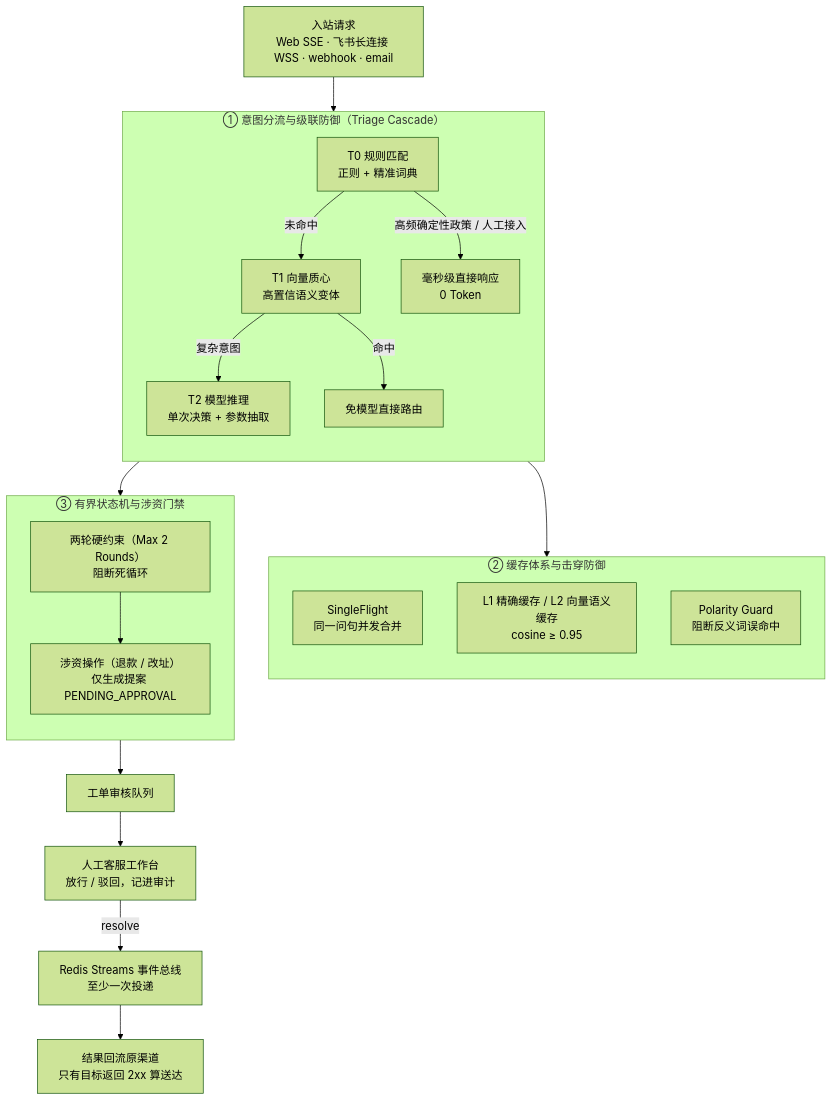
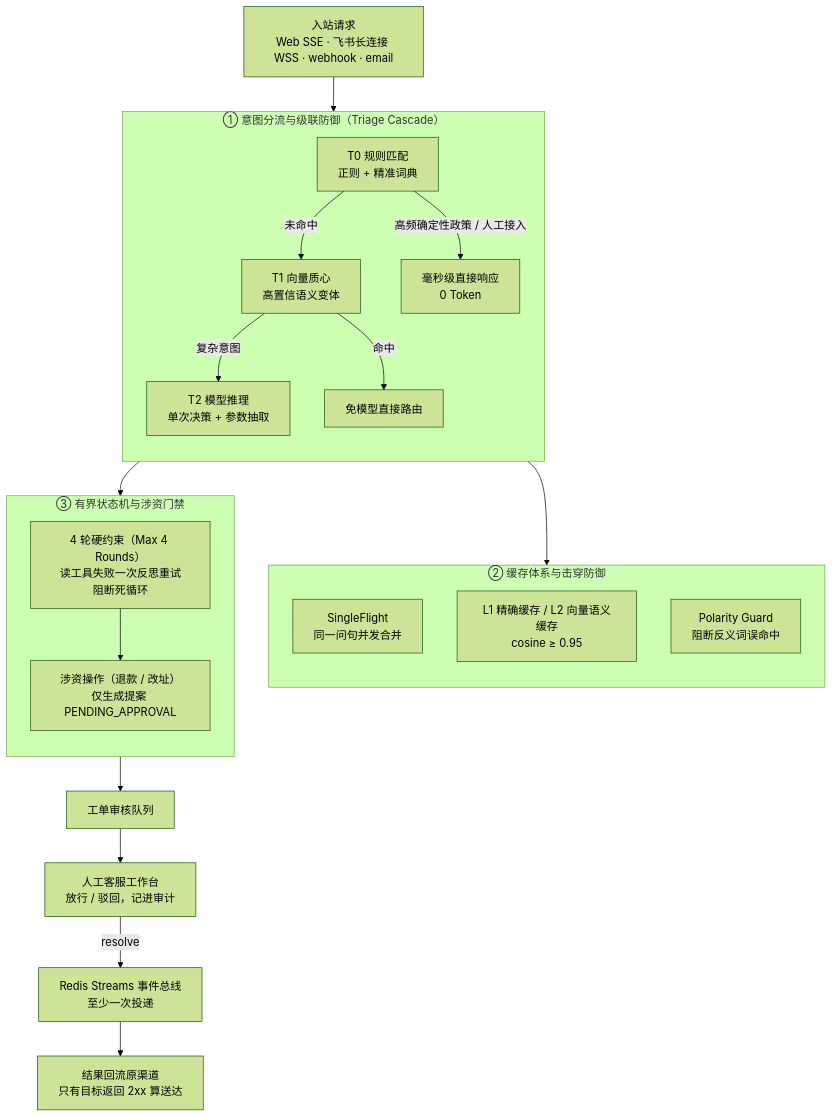
One commit to shing26/shoppilot changed the diagram in README.md. Above: the diagram before and after it, drawn with Mermaid (forest theme). The commit also changed other lines of this file and 7 other files, not shown here.

````diff
--- a/README.md
+++ b/README.md
@@ -63,34 +63,34 @@
 ```mermaid
 flowchart TD
     REQ["入站请求<br/>Web SSE · 飞书长连接 WSS · webhook · email"]
 
     subgraph CASCADE["① 意图分流与级联防御（Triage Cascade）"]
         direction TB
         T0["T0 规则匹配<br/>正则 + 精准词典"] -->|未命中| T1["T1 向量质心<br/>高置信语义变体"]
         T1 -->|复杂意图| T2["T2 模型推理<br/>单次决策 + 参数抽取"]
         T0 -->|高频确定性政策 / 人工接入| FAST["毫秒级直接响应<br/>0 Token"]
         T1 -->|命中| ROUTE["免模型直接路由"]
     end
 
     subgraph CACHE["② 缓存体系与击穿防御"]
         direction TB
         SF["SingleFlight<br/>同一问句并发合并"]
         LV["L1 精确缓存 / L2 向量语义缓存<br/>cosine ≥ 0.95"]
         POL["Polarity Guard<br/>阻断反义词误命中"]
     end
 
     subgraph GUARD["③ 有界状态机与涉资门禁"]
         direction TB
-        LOOP["两轮硬约束（Max 2 Rounds）<br/>阻断死循环"]
+        LOOP["4 轮硬约束（Max 4 Rounds）<br/>读工具失败一次反思重试<br/>阻断死循环"]
         GATE["涉资操作（退款 / 改址）<br/>仅生成提案 PENDING_APPROVAL"]
         LOOP --> GATE
     end
 
     REQ --> T0
     CASCADE --> CACHE
     CASCADE --> GUARD
     GATE --> QUEUE["工单审核队列"]
     QUEUE --> DESK["人工客服工作台<br/>放行 / 驳回，记进审计"]
     DESK -->|resolve| BUS["Redis Streams 事件总线<br/>至少一次投递"]
     BUS --> OUT["结果回流原渠道<br/>只有目标返回 2xx 算送达"]
 ```
````
